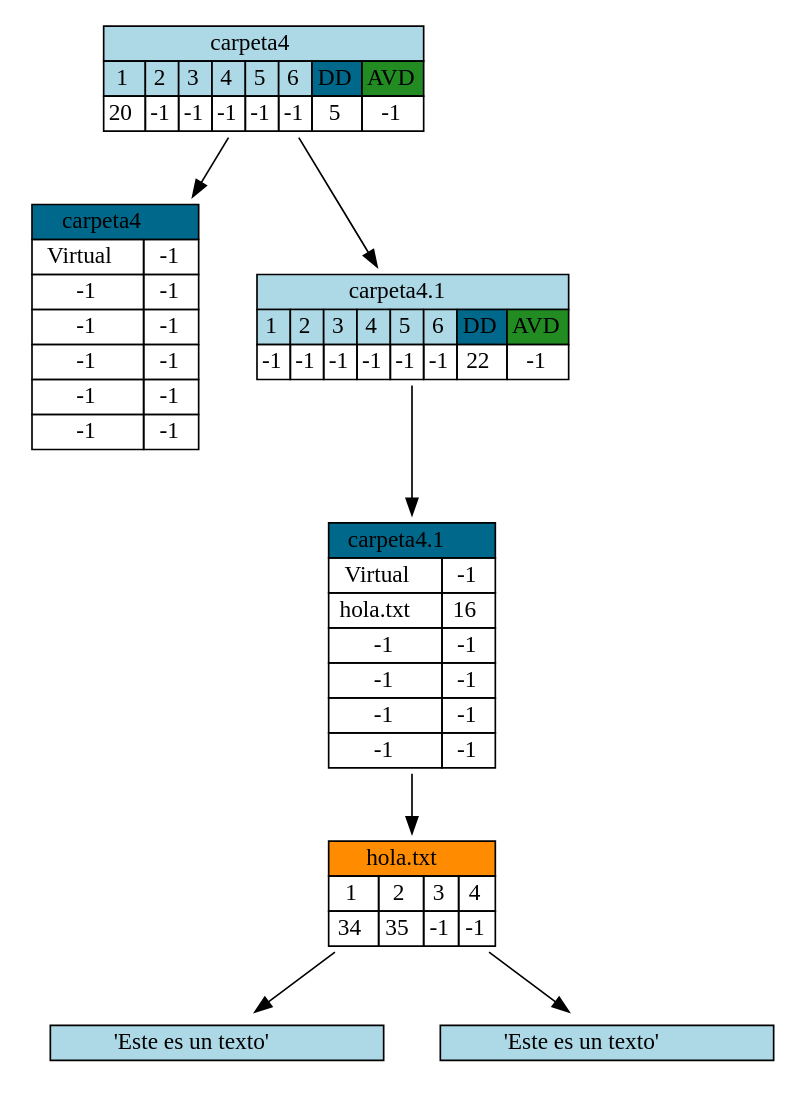
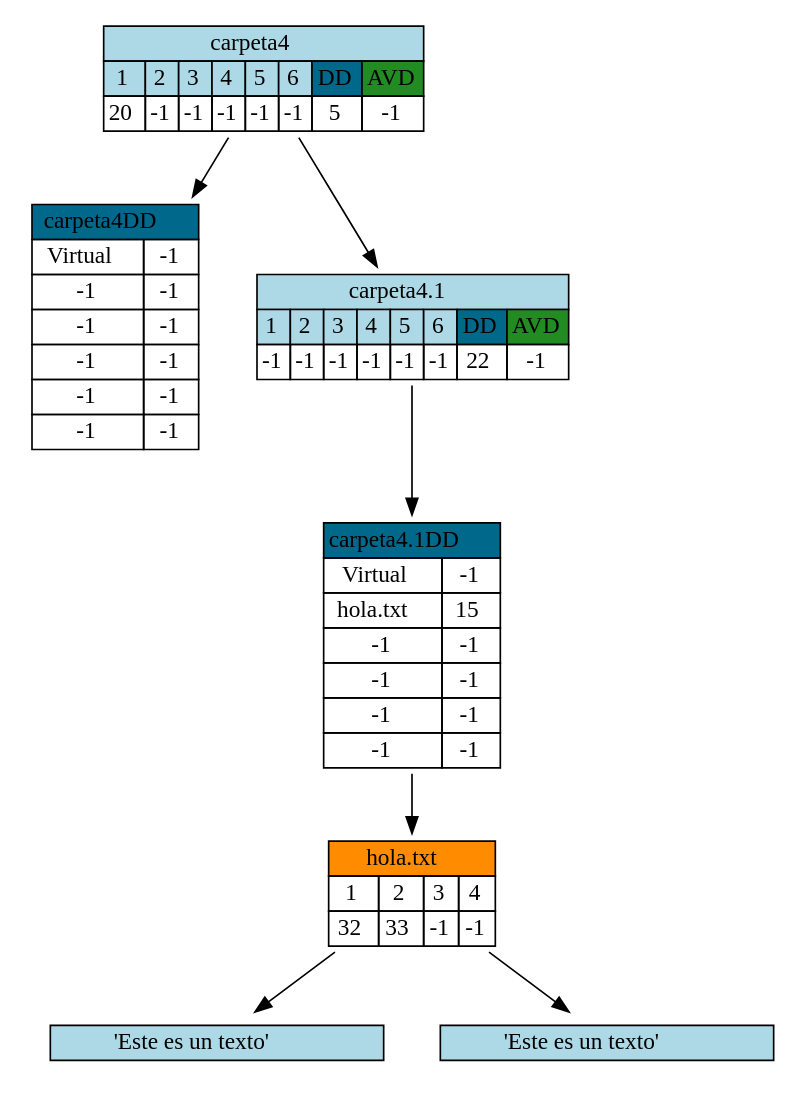
One commit to xJosee/SistemaArchivos changed the diagram in Reportes/graficaTreeFile.dot. Above: the diagram before and after it, drawn with Graphviz. The commit also changed 4 other files, not shown here.

```diff
--- a/Reportes/graficaTreeFile.dot
+++ b/Reportes/graficaTreeFile.dot
@@ -1,150 +1,150 @@
 digraph G{ 
 node [shape=plaintext]
 tbl5[label=<
 <table border='0' cellborder='1' cellspacing='0'>
 <tr>
 <td colspan='8' bgcolor= 'lightblue' >carpeta4</td>
 </tr>
 <tr>
 <td bgcolor='lightblue' width='20' >1</td>
 <td bgcolor='lightblue' width='20' >2</td>
 <td bgcolor='lightblue' width='20' >3</td>
 <td bgcolor='lightblue' width='20' >4</td>
 <td bgcolor='lightblue' width='20' >5</td>
 <td bgcolor='lightblue' width='20' >6</td>
 <td bgcolor='deepskyblue4' width='30' >DD</td>
 <td bgcolor='forestgreen' width='20' >AVD</td>
 </tr>
 <tr>
 <td width='20'>20</td>
 <td width='20'>-1</td>
 <td width='20'>-1</td>
 <td width='20'>-1</td>
 <td width='20'>-1</td>
 <td width='20'>-1</td>
 <td width='20'>5</td>
 <td width='20'>-1</td>
 </tr>
 </table>
 >];
 tbl5->tbl5DD
 tbl5DD[label=<
 <table border='0' cellborder='1' cellspacing='0'>
-<tr><td bgcolor='deepskyblue4' width='100' colspan='2'>carpeta4</td>
+<tr><td bgcolor='deepskyblue4' width='100' colspan='2'>carpeta4DD</td>
 </tr>
 <tr>
 <td>Virtual</td>
 <td>-1</td>
 </tr>
 <tr>
 <td>-1</td>
 <td>-1</td>
 </tr>
 <tr>
 <td>-1</td>
 <td>-1</td>
 </tr>
 <tr>
 <td>-1</td>
 <td>-1</td>
 </tr>
 <tr>
 <td>-1</td>
 <td>-1</td>
 </tr>
 <tr>
 <td>-1</td>
 <td>-1</td>
 </tr>
 </table>
 >];
 tbl5->tbl20
 tbl20[label=<
 <table border='0' cellborder='1' cellspacing='0'>
 <tr>
 <td colspan='8' bgcolor= 'lightblue' >carpeta4.1</td>
 </tr>
 <tr>
 <td bgcolor='lightblue' width='20' >1</td>
 <td bgcolor='lightblue' width='20' >2</td>
 <td bgcolor='lightblue' width='20' >3</td>
 <td bgcolor='lightblue' width='20' >4</td>
 <td bgcolor='lightblue' width='20' >5</td>
 <td bgcolor='lightblue' width='20' >6</td>
 <td bgcolor='deepskyblue4' width='30' >DD</td>
 <td bgcolor='forestgreen' width='20' >AVD</td>
 </tr>
 <tr>
 <td width='20'>-1</td>
 <td width='20'>-1</td>
 <td width='20'>-1</td>
 <td width='20'>-1</td>
 <td width='20'>-1</td>
 <td width='20'>-1</td>
 <td width='20'>22</td>
 <td width='20'>-1</td>
 </tr>
 </table>
 >];
 tbl20->tbl20DD
 tbl20DD[label=<
 <table border='0' cellborder='1' cellspacing='0'>
-<tr><td bgcolor='deepskyblue4' width='100' colspan='2'>carpeta4.1</td>
+<tr><td bgcolor='deepskyblue4' width='100' colspan='2'>carpeta4.1DD</td>
 </tr>
 <tr>
 <td>Virtual</td>
 <td>-1</td>
 </tr>
 <tr>
 <td>hola.txt</td>
-<td>16</td>
+<td>15</td>
 </tr>
 <tr>
 <td>-1</td>
 <td>-1</td>
 </tr>
 <tr>
 <td>-1</td>
 <td>-1</td>
 </tr>
 <tr>
 <td>-1</td>
 <td>-1</td>
 </tr>
 <tr>
 <td>-1</td>
 <td>-1</td>
 </tr>
 </table>
 >];
-tbl20DD->tblInodo16
-tblInodo16[label=<
+tbl20DD->tblInodo15
+tblInodo15[label=<
 <table border='0' cellborder='1' cellspacing='0'>
 <tr><td bgcolor='darkorange' width='100' colspan='4'>hola.txt</td>
 </tr>
 <tr>
 <td>1</td>
 <td>2</td>
 <td>3</td>
 <td>4</td>
 </tr>
 <tr>
-<td>34</td><td>35</td><td>-1</td><td>-1</td></tr>
+<td>32</td><td>33</td><td>-1</td><td>-1</td></tr>
 </table>
->];tblInodo16->tblBloque34
-tblBloque34[label=<
+>];tblInodo15->tblBloque32
+tblBloque32[label=<
 <table border='0' cellborder='1' cellspacing='0'>
 <tr>
 <td width='200' bgcolor= 'lightblue' >'Este es un texto'</td>
 </tr>
 </table>
 >];
-tblInodo16->tblBloque35
-tblBloque35[label=<
+tblInodo15->tblBloque33
+tblBloque33[label=<
 <table border='0' cellborder='1' cellspacing='0'>
 <tr>
 <td width='200' bgcolor= 'lightblue' >'Este es un texto'</td>
 </tr>
 </table>
 >];
 }
```
